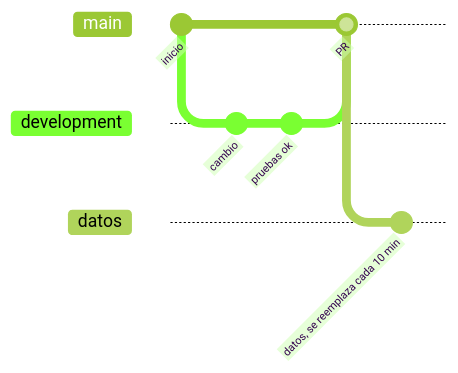
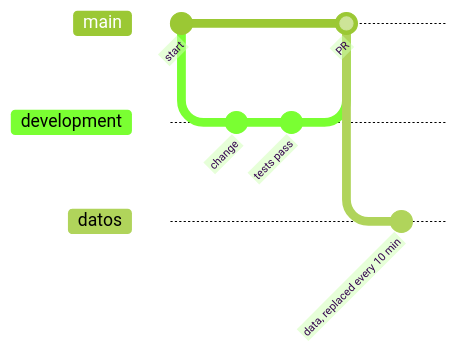
The fifth of 5 diagrams in README.md (serbenda/uptime), drawn with Mermaid (forest theme) before and after one commit. The commit also changed other lines of this file and 24 other files, not shown here.

````diff
--- a/README.md
+++ b/README.md
@@ -200,13 +640,13 @@
 ```mermaid
 gitGraph
-  commit id: "inicio"
+  commit id: "start"
   branch development
   checkout development
-  commit id: "cambio"
-  commit id: "pruebas ok"
+  commit id: "change"
+  commit id: "tests pass"
   checkout main
   merge development id: "PR"
   branch datos
   checkout datos
-  commit id: "datos, se reemplaza cada 10 min"
+  commit id: "data, replaced every 10 min"
 ```
````
